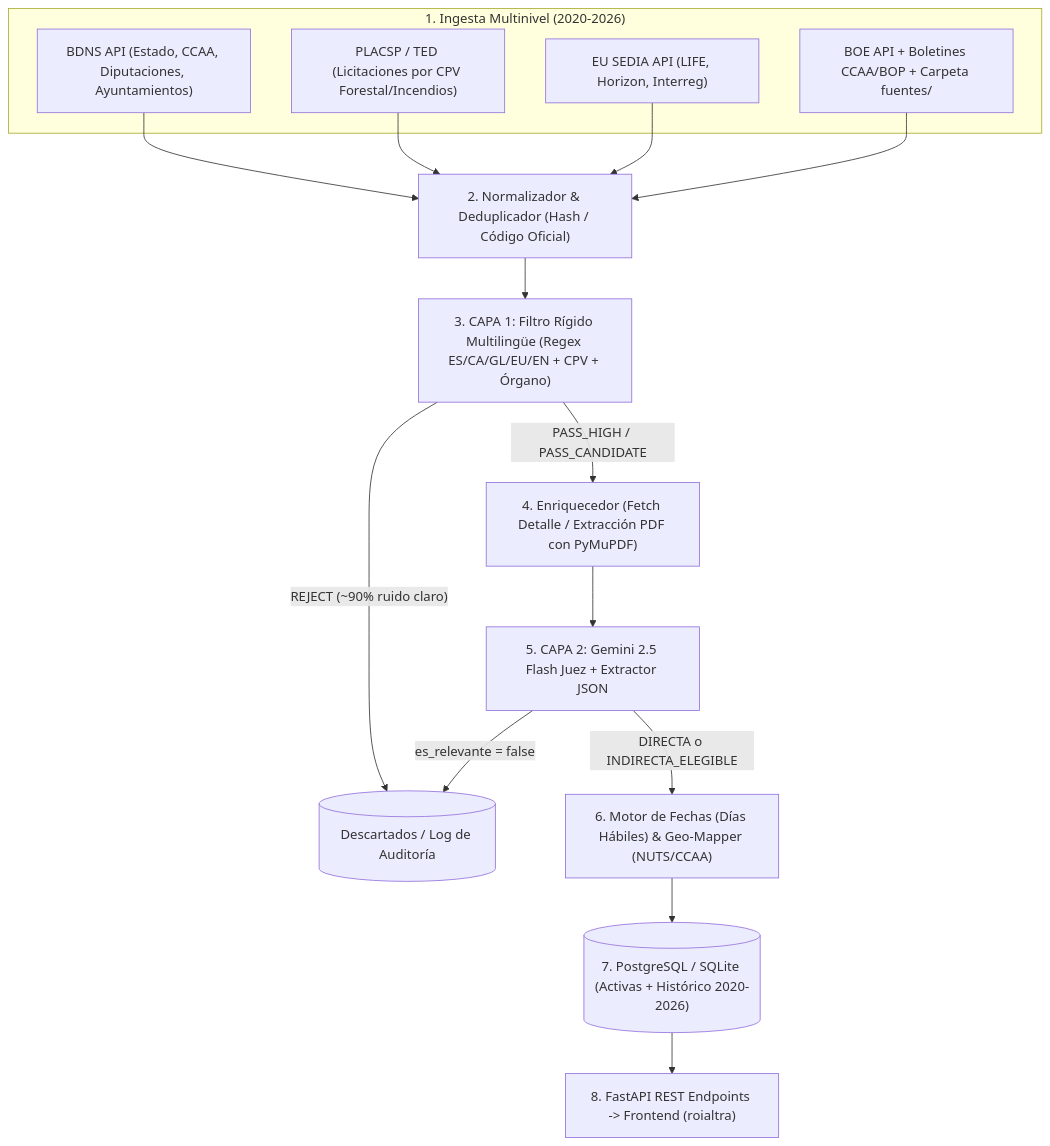
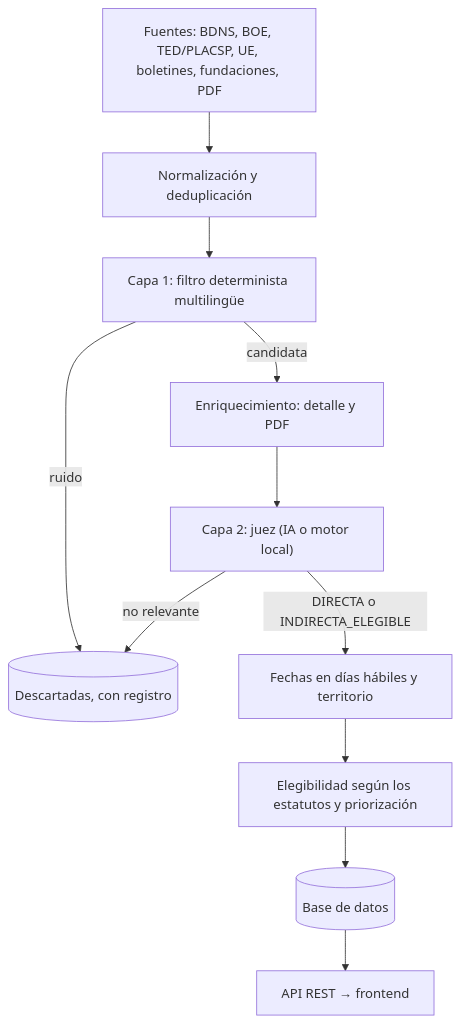
Before and after one commit to fedellor/1hack_reforesta: the diagram in PLAN_PROYECTO.md, drawn with Mermaid. The commit also changed other lines of this file and 5 other files, not shown here.

````diff
--- a/PLAN_PROYECTO.md
+++ b/PLAN_PROYECTO.md
@@ -85,19 +49,13 @@
 ```mermaid
 flowchart TD
-    subgraph Ingesta["1. Ingesta Multinivel (2020-2026)"]
-        S1["BDNS API (Estado, CCAA, Diputaciones, Ayuntamientos)"]
-        S2["PLACSP / TED (Licitaciones por CPV Forestal/Incendios)"]
-        S3["EU SEDIA API (LIFE, Horizon, Interreg)"]
-        S4["BOE API + Boletines CCAA/BOP + Carpeta fuentes/"]
-    end
-
-    S1 & S2 & S3 & S4 --> N["2. Normalizador & Deduplicador (Hash / Código Oficial)"]
-    N --> L1["3. CAPA 1: Filtro Rígido Multilingüe (Regex ES/CA/GL/EU/EN + CPV + Órgano)"]
-    L1 -- "REJECT (~90% ruido claro)" --> X[("Descartados / Log de Auditoría")]
-    L1 -- "PASS_HIGH / PASS_CANDIDATE" --> E["4. Enriquecedor (Fetch Detalle / Extracción PDF con PyMuPDF)"]
-    E --> L2["5. CAPA 2: Gemini 2.5 Flash Juez + Extractor JSON"]
-    L2 -- "es_relevante = false" --> X
-    L2 -- "DIRECTA o INDIRECTA_ELEGIBLE" --> T["6. Motor de Fechas (Días Hábiles) & Geo-Mapper (NUTS/CCAA)"]
-    T --> DB[("7. PostgreSQL / SQLite (Activas + Histórico 2020-2026)")]
-    DB --> API["8. FastAPI REST Endpoints -> Frontend (roialtra)"]
+    A["Fuentes: BDNS, BOE, TED/PLACSP, UE, boletines, fundaciones, PDF"] --> N["Normalización y deduplicación"]
+    N --> L1["Capa 1: filtro determinista multilingüe"]
+    L1 -- "ruido" --> X[("Descartadas, con registro")]
+    L1 -- "candidata" --> E["Enriquecimiento: detalle y PDF"]
+    E --> L2["Capa 2: juez (IA o motor local)"]
+    L2 -- "no relevante" --> X
+    L2 -- "DIRECTA o INDIRECTA_ELEGIBLE" --> T["Fechas en días hábiles y territorio"]
+    T --> EL["Elegibilidad según los estatutos y priorización"]
+    EL --> DB[("Base de datos")]
+    DB --> API["API REST → frontend"]
 ```
````
